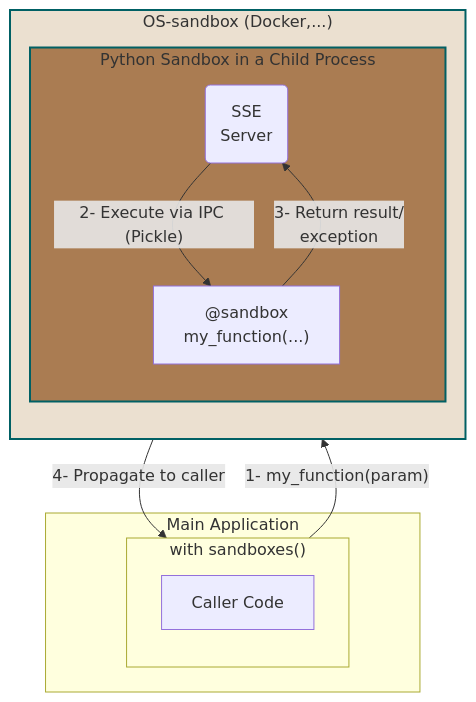
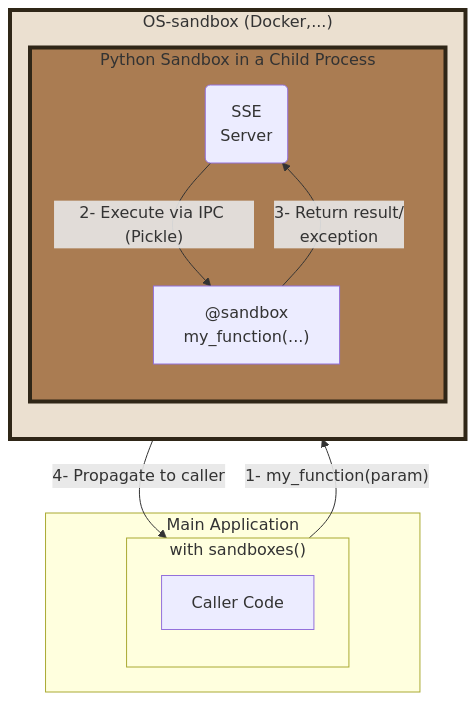
The second of 2 diagrams in README.md (pprados/pysandboxes), drawn with Mermaid before and after one commit. The commit also changed other lines of this file and 7 other files, not shown here.

````diff
--- a/README.md
+++ b/README.md
@@ -176,28 +176,28 @@
 ```mermaid
 flowchart TD
     subgraph MainApplication [Main Application]
         subgraph WithSandboxes ["with sandboxes()"]
             direction TB
             A[Caller Code]
         end
     end
     subgraph OSSandbox ["OS-sandbox (Docker,...)"]
         direction TB
         subgraph PythonSandbox [Python Sandbox in a Child Process]
             B(SSE<br/>Server)
 
                 C["@sandbox<br/>my_function(...)"]
         end
     end
 
 
     A -- "1- my_function(param)" --> B
     B -- "2- Execute via IPC (Pickle)" --> C
     C -- "3- Return result/<br/>exception" --> B
     B -- "4- Propagate to caller" --> A
 
     %% 🎨 Style personnalisé pour OSSandbox
-    style OSSandbox fill:#ebe0d0,stroke:#006064,stroke-width:2px
-    style PythonSandbox fill:#aa7c52,stroke:#006064,stroke-width:2px
+    style OSSandbox fill:#ebe0d0,stroke:#2f2617,stroke-width:4px
+    style PythonSandbox fill:#aa7c52,stroke:#2f2617,stroke-width:4px
 
 ```
````
